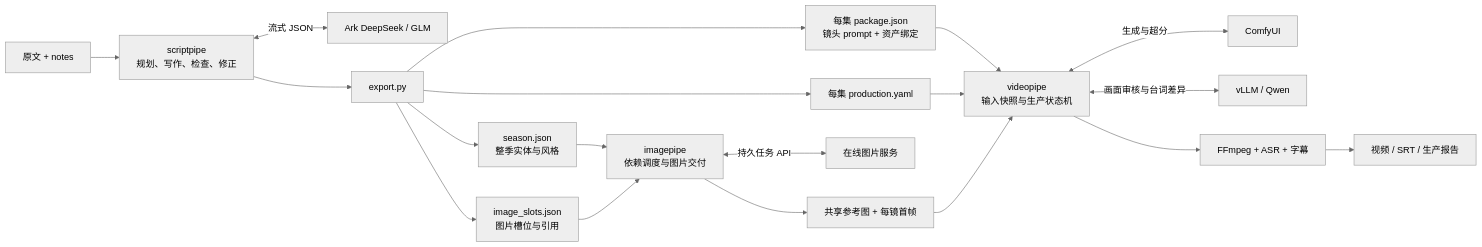
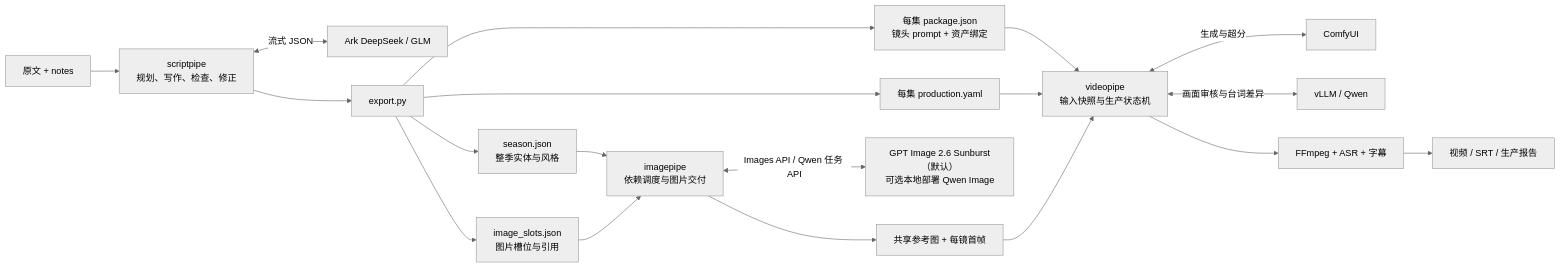
The first of 3 diagrams in docs/architecture.md (mtbnydx-dot/AI-AI-powered-local-fully-automated-video-workflow), drawn with Mermaid (neutral theme) before and after one commit. The commit also changed other lines of this file and 14 other files, not shown here.

Commit message:
Default imagepipe to GPT Image 2.6 Sunburst with Qwen option

````diff
--- a/docs/architecture.md
+++ b/docs/architecture.md
@@ -5,21 +5,21 @@
 ```mermaid
 flowchart LR
     SRC["原文 + notes"] --> SP["scriptpipe<br/>规划、写作、检查、修正"]
     SP <-->|流式 JSON| LLM["Ark DeepSeek / GLM"]
     SP --> EXP["export.py"]
     EXP --> SEASON["season.json<br/>整季实体与风格"]
     EXP --> SLOTS["image_slots.json<br/>图片槽位与引用"]
     EXP --> PKG["每集 package.json<br/>镜头 prompt + 资产绑定"]
     EXP --> CFG["每集 production.yaml"]
     SEASON --> IP["imagepipe<br/>依赖调度与图片交付"]
     SLOTS --> IP
-    IP <-->|持久任务 API| IMG["在线图片服务"]
+    IP <-->|Images API / Qwen 任务 API| IMG["GPT Image 2.6 Sunburst（默认）<br/>可选本地部署 Qwen Image"]
     IP --> ASSETS["共享参考图 + 每镜首帧"]
     PKG --> VP["videopipe<br/>输入快照与生产状态机"]
     CFG --> VP
     ASSETS --> VP
     VP <-->|生成与超分| COMFY["ComfyUI"]
     VP <-->|画面审核与台词差异| QWEN["vLLM / Qwen"]
     VP --> MEDIA["FFmpeg + ASR + 字幕"]
     MEDIA --> OUT["视频 / SRT / 生产报告"]
 ```
````
